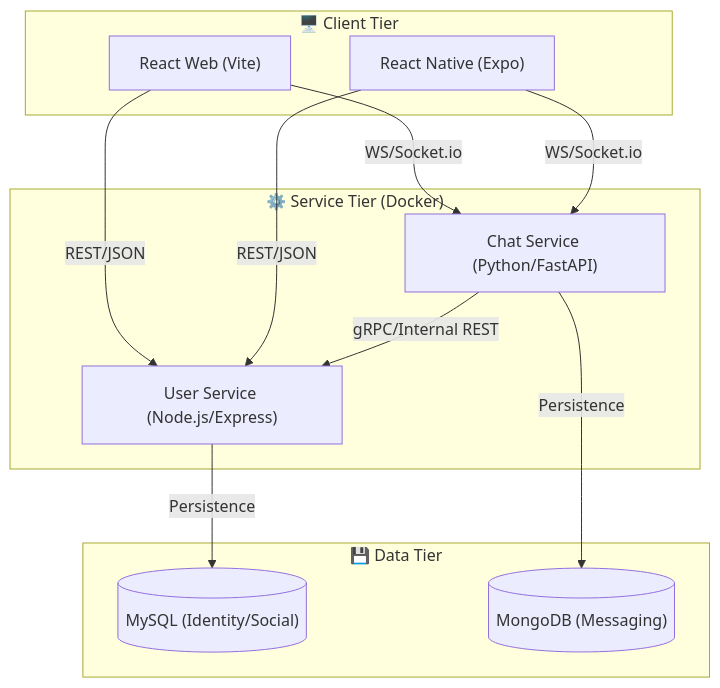
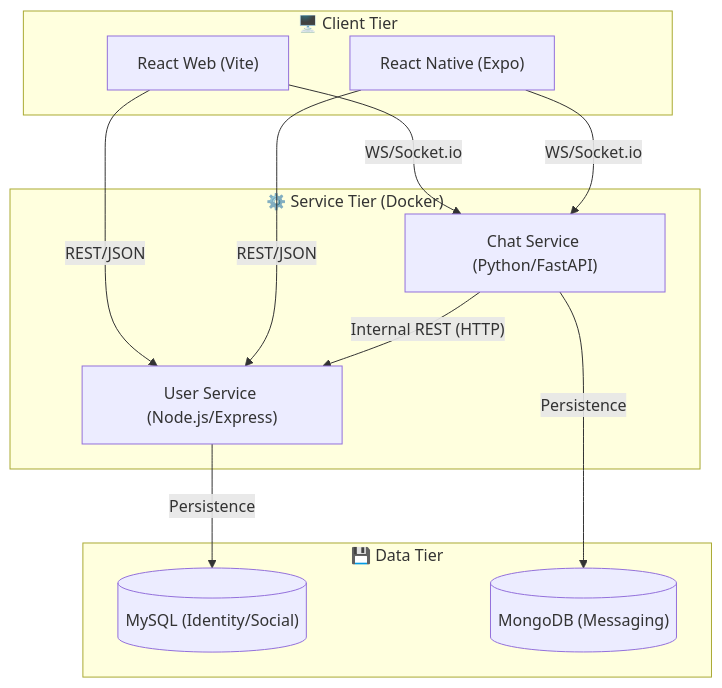
Before and after one commit to Narendrakaduru/pingora: the first of 5 diagrams in ARCHITECTURE.md, drawn with Mermaid. The commit also changed other lines of this file and 1 other file, not shown here.

Commit message:
Comprehensive documentation and architecture diagrams update

````diff
--- a/ARCHITECTURE.md
+++ b/ARCHITECTURE.md
@@ -7,27 +7,27 @@
 ```mermaid
 graph TB
     subgraph Client["🖥️ Client Tier"]
         WEB["React Web (Vite)"]
         MOBILE["React Native (Expo)"]
     end
 
     subgraph ServiceTier["⚙️ Service Tier (Docker)"]
         US["User Service (Node.js/Express)"]
         CS["Chat Service (Python/FastAPI)"]
     end
 
     subgraph DataTier["💾 Data Tier"]
         MYSQL[("MySQL (Identity/Social)")]
         MONGO[("MongoDB (Messaging)")]
     end
 
     WEB -- "REST/JSON" --> US
     WEB -- "WS/Socket.io" --> CS
     MOBILE -- "REST/JSON" --> US
     MOBILE -- "WS/Socket.io" --> CS
 
-    CS -- "gRPC/Internal REST" --> US
+    CS -- "Internal REST (HTTP)" --> US
     
     US -- "Persistence" --> MYSQL
     CS -- "Persistence" --> MONGO
 ```
````
